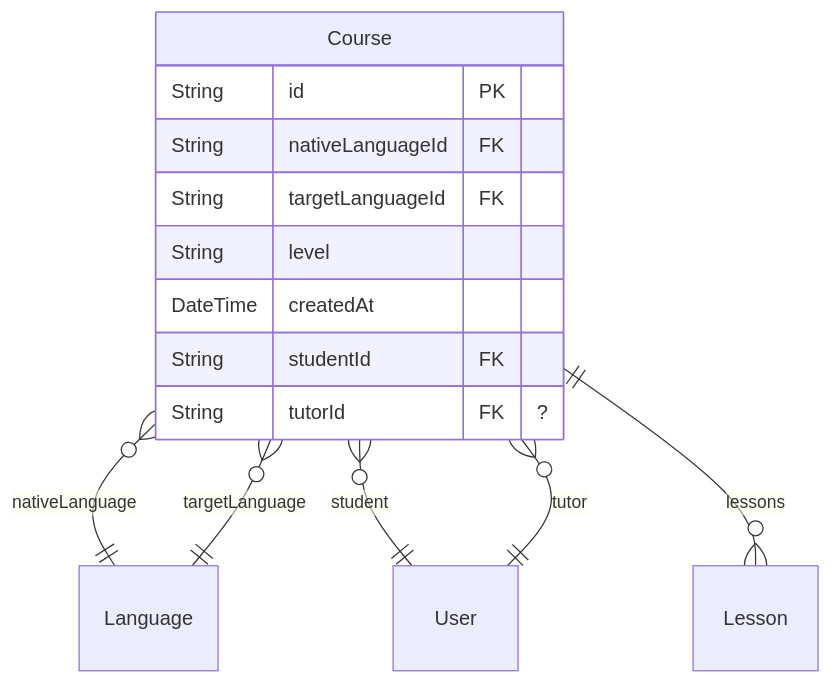
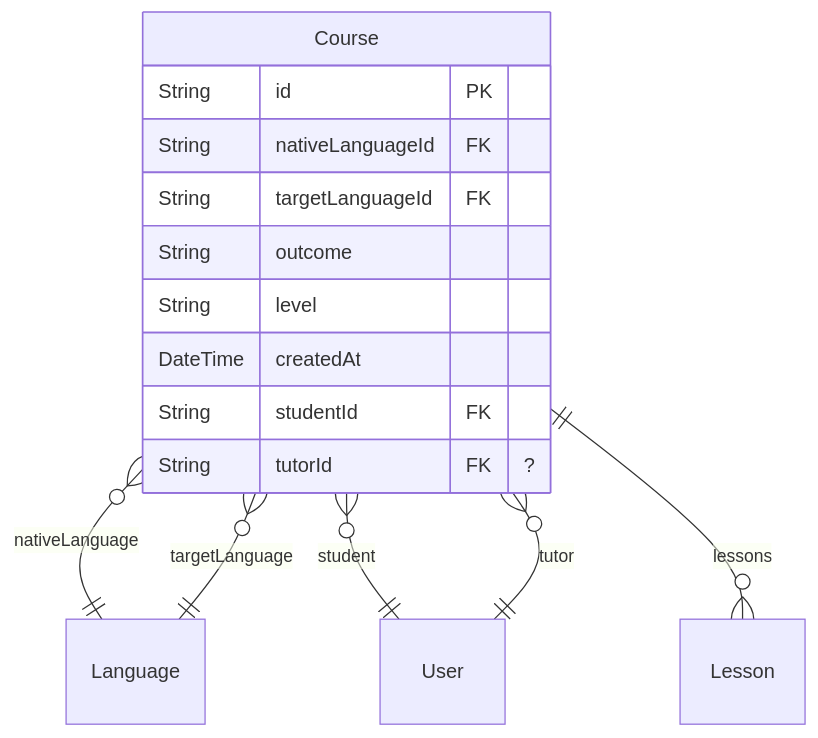
One commit to HamedMP/LangPod changed the third of 5 diagrams in schema.md. Above: the diagram before and after it, drawn with Mermaid. The commit also changed 3 other files, not shown here.

Commit message:
Add outcome field to Course model in schema and related files

````diff
--- a/schema.md
+++ b/schema.md
@@ -60,19 +60,20 @@
 ```mermaid
 erDiagram
 "Course" {
   String id PK 
   String nativeLanguageId FK 
   String targetLanguageId FK 
+  String outcome  
   String level  
   DateTime createdAt  
   String studentId FK 
   String tutorId FK "?"
 }
 
 "Course" }o--|| "Language": nativeLanguage
 "Course" }o--|| "Language": targetLanguage
 "Course" }o--|| "User": student
 "Course" }o--|| "User": tutor
 "Course" ||--o{ "Lesson": lessons
 
 ```
````
